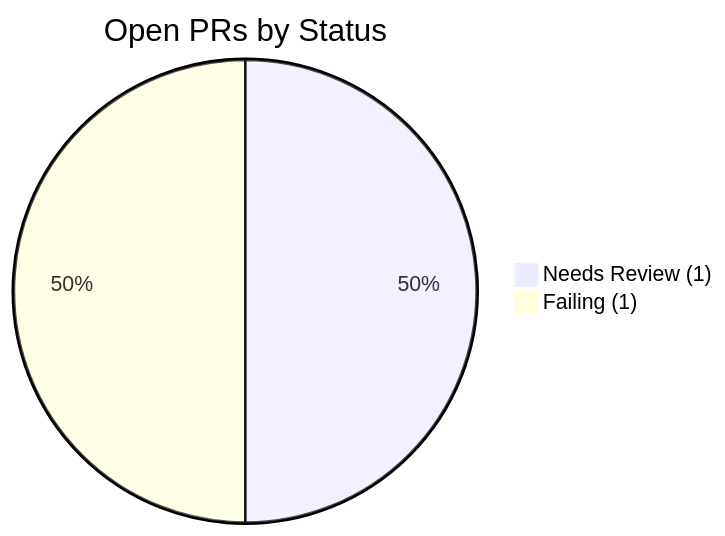
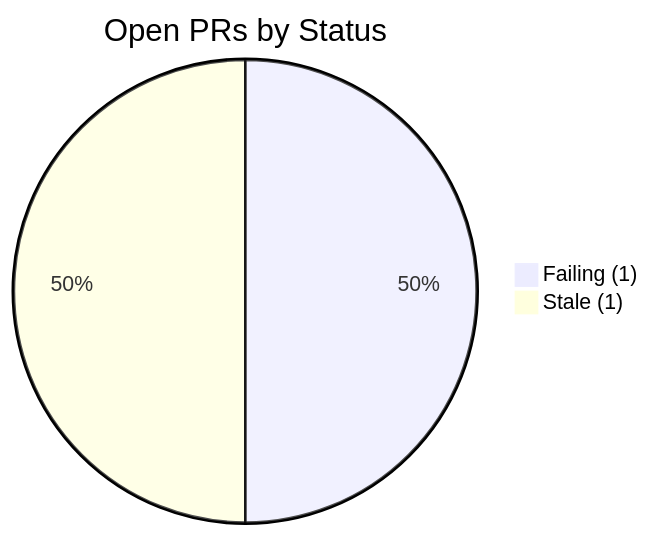
Before and after one commit to Nitsur10/invoice-dashboard-deploy: the first of 4 diagrams in docs/tracker.md, drawn with Mermaid. The commit also changed other lines of this file and 1 other file, not shown here.

````diff
--- a/docs/tracker.md
+++ b/docs/tracker.md
@@ -18,10 +18,10 @@
 ```mermaid
 pie title Open PRs by Status
     
-    "Needs Review (1)" : 1
+    
     "Failing (1)" : 1
     
     
-    
+    "Stale (1)" : 1
     
 ```
````
